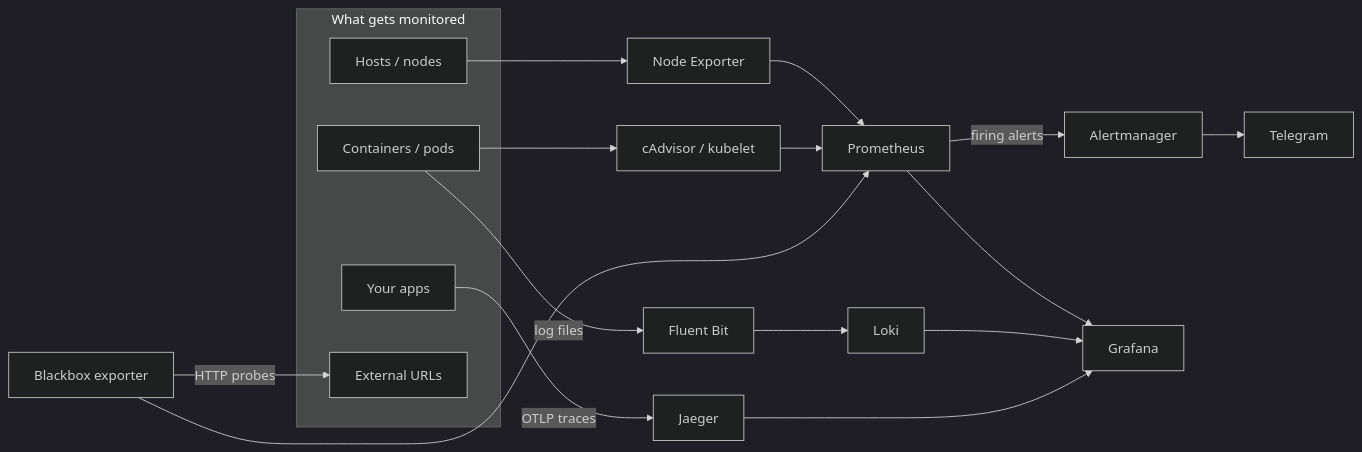
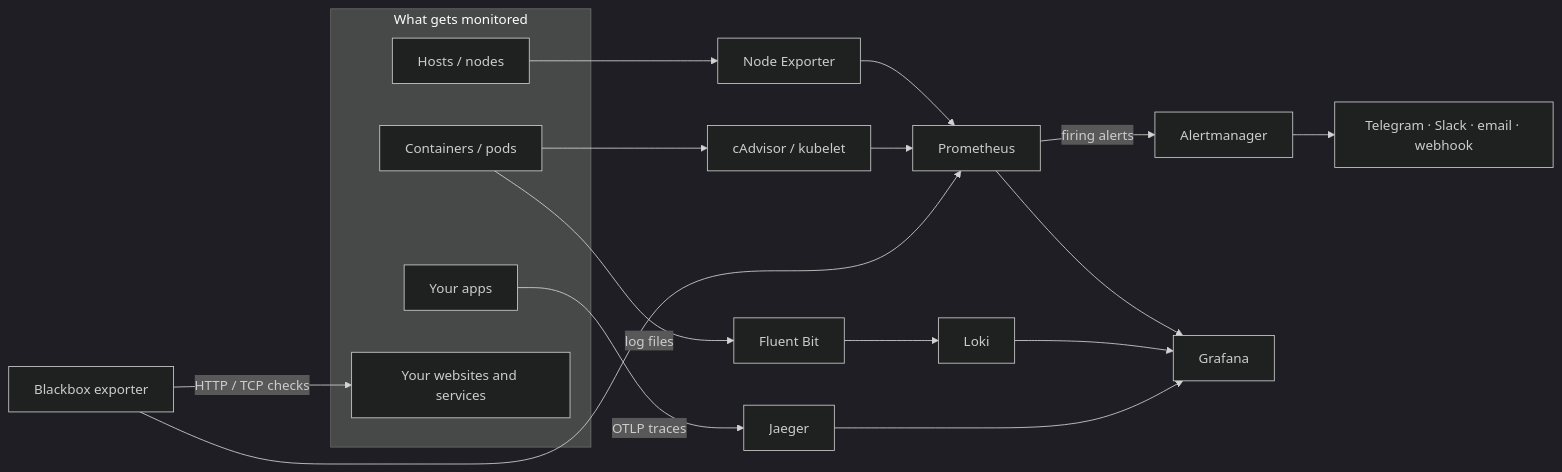
One commit to OcheOps/Infra-Monitor changed the diagram in README.md. Above: the diagram before and after it, drawn with Mermaid (dark theme). The commit also changed other lines of this file and 45 other files, not shown here.

````diff
--- a/README.md
+++ b/README.md
@@ -54,21 +71,22 @@
 ```mermaid
 flowchart LR
   subgraph sources[What gets monitored]
     host[Hosts / nodes]
     ctr[Containers / pods]
     app[Your apps]
-    urls[External URLs]
+    urls[Your websites and services]
   end
 
   host --> ne[Node Exporter]
   ctr --> cad[cAdvisor / kubelet]
   ctr -- log files --> fb[Fluent Bit]
   app -- OTLP traces --> jaeger[Jaeger]
-  bb[Blackbox exporter] -- HTTP probes --> urls
+  bb[Blackbox exporter] -- HTTP / TCP checks --> urls
 
   ne & cad & bb --> prom[Prometheus]
   fb --> loki[Loki]
-  prom -- firing alerts --> am[Alertmanager] --> tg[Telegram]
+  prom -- firing alerts --> am[Alertmanager]
+  am --> ch[Telegram · Slack · email · webhook]
 
   prom & loki & jaeger --> grafana[Grafana]
 ```
````
